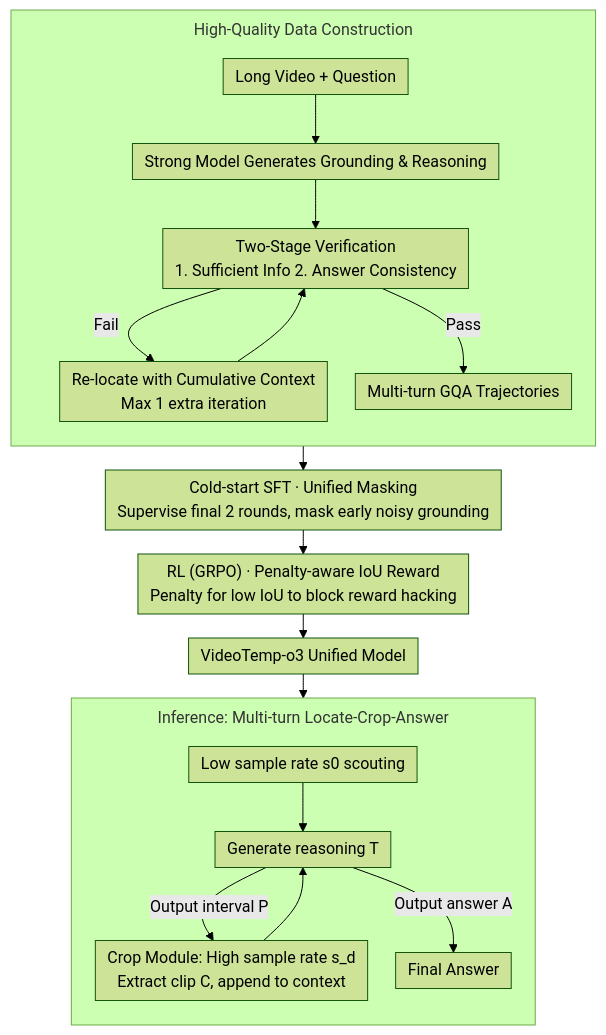
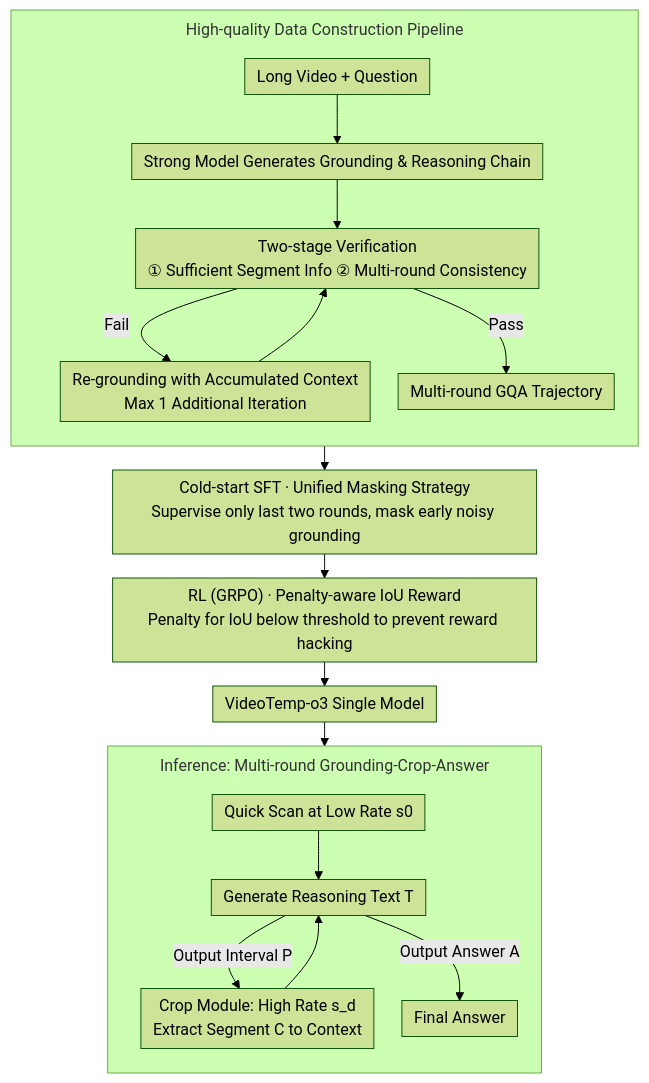
One commit to zhaoyang97/Paper-Notes-en changed the diagram in docs/ICML2026/video_understanding/videotemp-o3_harmonizing_temporal_grounding_and_video_understanding_in_agentic_t.md. Above: the diagram before and after it, drawn with Mermaid (forest theme). The commit also changed other lines of this file and 5084 other files, not shown here.

````diff
--- a/docs/ICML2026/video_understanding/videotemp-o3_harmonizing_temporal_grounding_and_video_understanding_in_agentic_t.md
+++ b/docs/ICML2026/video_understanding/videotemp-o3_harmonizing_temporal_grounding_and_video_understanding_in_agentic_t.md
@@ -44,23 +44,23 @@
 ```mermaid
 %%{init: {'flowchart': {'rankSpacing': 24, 'nodeSpacing': 28, 'padding': 6, 'wrappingWidth': 400, 'subGraphTitleMargin': {'top': 8, 'bottom': 16}}}}%%
 flowchart TD
-    subgraph DATA["High-Quality Data Construction"]
+    subgraph DATA["High-quality Data Construction Pipeline"]
         direction TB
-        D1["Long Video + Question"] --> D2["Strong Model Generates Grounding & Reasoning"]
-        D2 --> D3["Two-Stage Verification<br/>1. Sufficient Info 2. Answer Consistency"]
-        D3 -->|Fail| D4["Re-locate with Cumulative Context<br/>Max 1 extra iteration"]
+        D1["Long Video + Question"] --> D2["Strong Model Generates Grounding & Reasoning Chain"]
+        D2 --> D3["Two-stage Verification<br/>① Sufficient Segment Info ② Multi-round Consistency"]
+        D3 -->|Fail| D4["Re-grounding with Accumulated Context<br/>Max 1 Additional Iteration"]
         D4 --> D3
-        D3 -->|Pass| D5["Multi-turn GQA Trajectories"]
+        D3 -->|Pass| D5["Multi-round GQA Trajectory"]
     end
-    DATA --> SFT["Cold-start SFT · Unified Masking<br/>Supervise final 2 rounds, mask early noisy grounding"]
-    SFT --> RL["RL (GRPO) · Penalty-aware IoU Reward<br/>Penalty for low IoU to block reward hacking"]
-    RL --> M["VideoTemp-o3 Unified Model"]
+    DATA --> SFT["Cold-start SFT · Unified Masking Strategy<br/>Supervise only last two rounds, mask early noisy grounding"]
+    SFT --> RL["RL (GRPO) · Penalty-aware IoU Reward<br/>Penalty for IoU below threshold to prevent reward hacking"]
+    RL --> M["VideoTemp-o3 Single Model"]
     M --> INF
-    subgraph INF["Inference: Multi-turn Locate-Crop-Answer"]
+    subgraph INF["Inference: Multi-round Grounding-Crop-Answer"]
         direction TB
-        I1["Low sample rate s0 scouting"] --> I2["Generate reasoning T"]
-        I2 -->|Output interval P| I3["Crop Module: High sample rate s_d<br/>Extract clip C, append to context"]
+        I1["Quick Scan at Low Rate s0"] --> I2["Generate Reasoning Text T"]
+        I2 -->|Output Interval P| I3["Crop Module: High Rate s_d<br/>Extract Segment C to Context"]
         I3 --> I2
-        I2 -->|Output answer A| I4["Final Answer"]
+        I2 -->|Output Answer A| I4["Final Answer"]
     end
 ```
````
